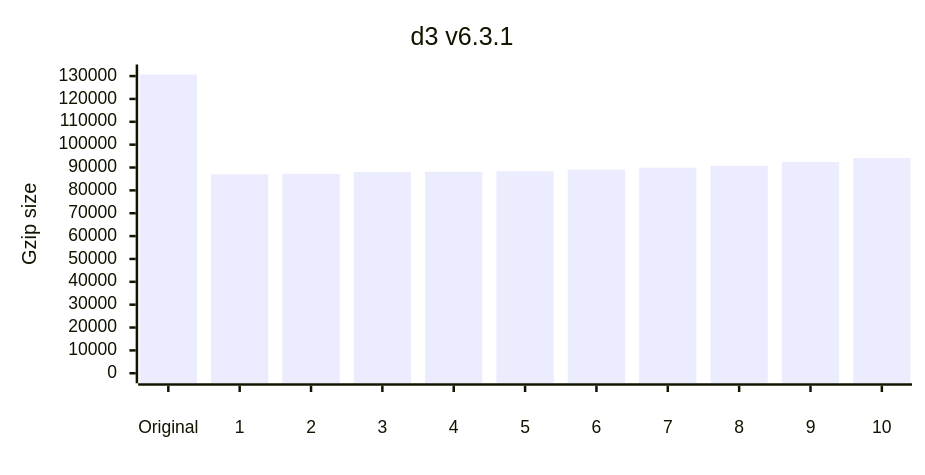
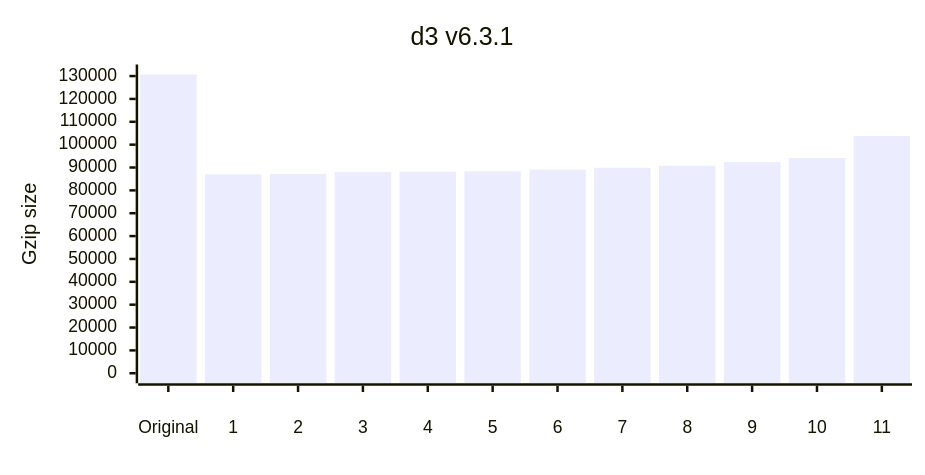
One commit to privatenumber/minification-benchmarks changed the sixth of 12 diagrams in README.md. Above: the diagram before and after it, drawn with Mermaid. The commit also changed other lines of this file and 1 other file, not shown here.

````diff
--- a/README.md
+++ b/README.md
@@ -277,17 +283,17 @@
 ```mermaid
 ---
 config:
     xyChart:
         width: 720
         height: 360
         xAxis:
             labelPadding: 20
         yAxis:
             labelPadding: 10
 ---
 xychart-beta
 	title "d3 v6.3.1"
-	x-axis ["Original",1,2,3,4,5,6,7,8,9,10]
+	x-axis ["Original",1,2,3,4,5,6,7,8,9,10,11]
 	y-axis "Gzip size" 0 --> 130686
-	bar [130686,87016,87205,87997,88162,88319,89069,89882,90800,92395,94166]
+	bar [130686,87016,87205,87997,88162,88319,89069,89882,90800,92395,94166,103813]
 ```
````
